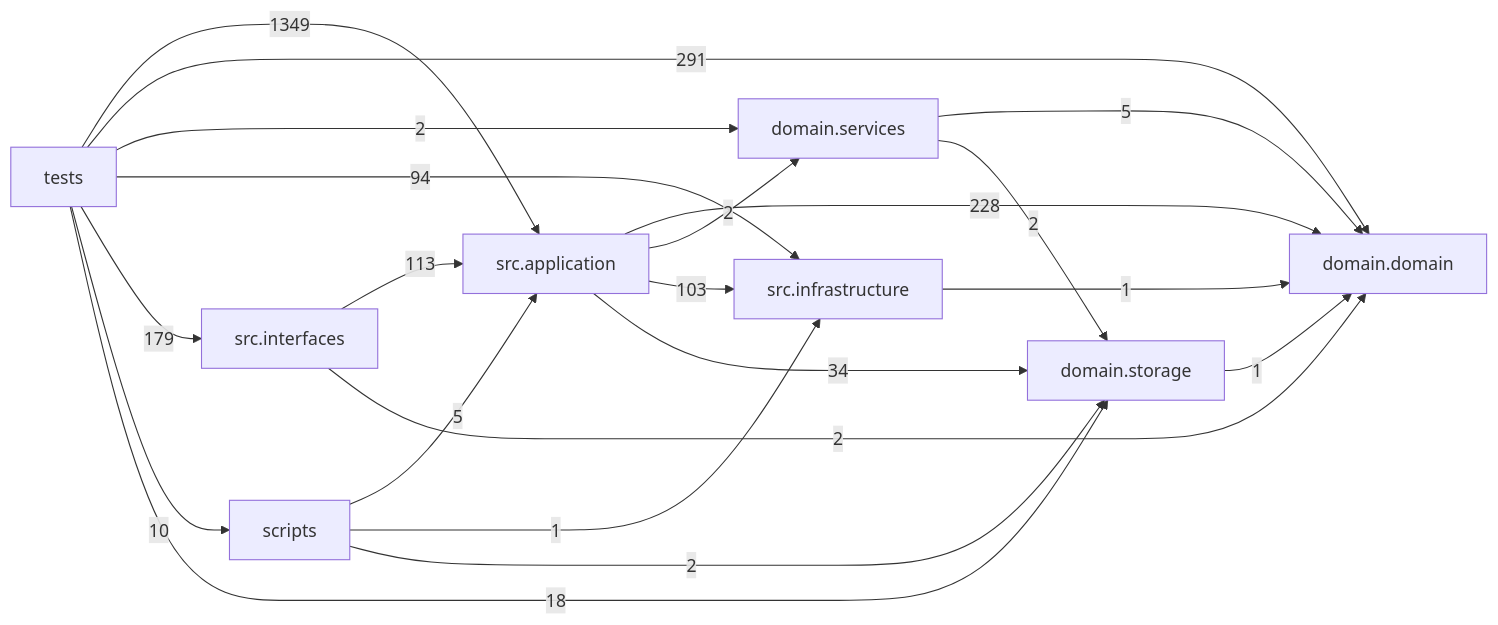
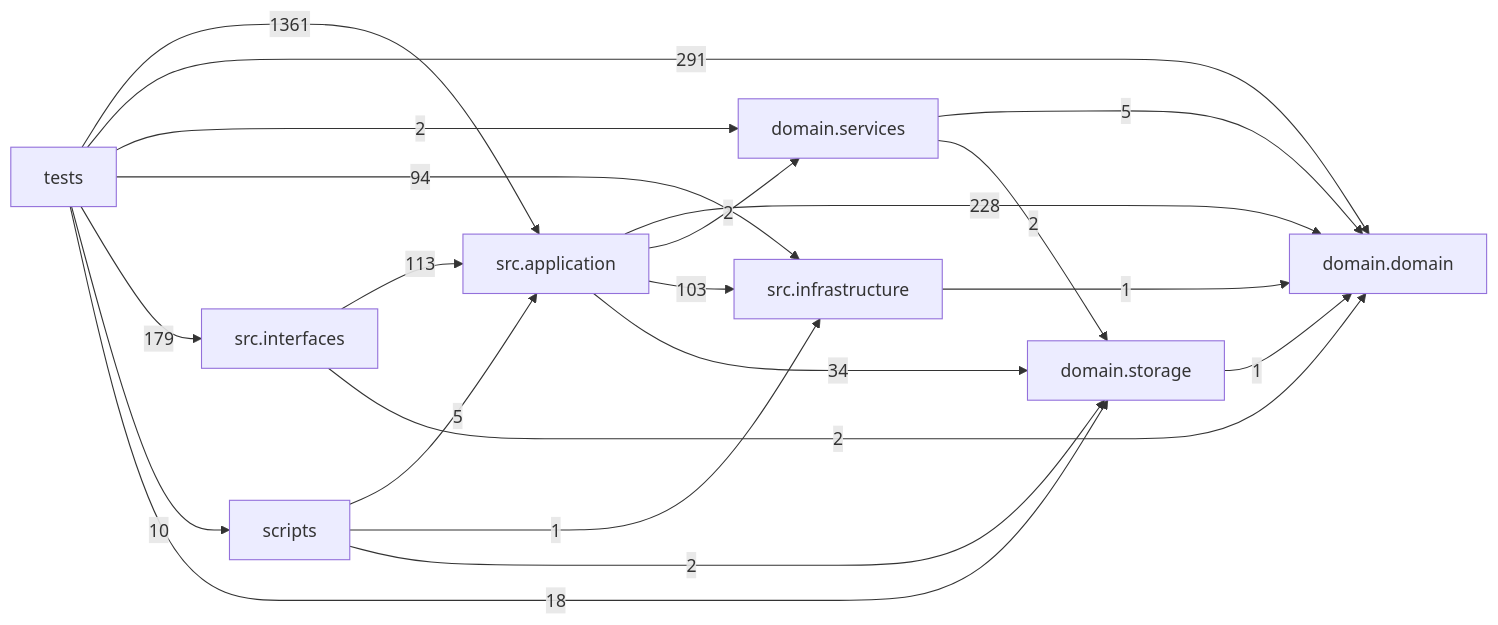
One commit to liuxie066/options-monitor changed the diagram in docs/DEPENDENCY_GRAPH.md. Above: the diagram before and after it, drawn with Mermaid. The commit also changed other lines of this file and 20 other files, not shown here.

````diff
--- a/docs/DEPENDENCY_GRAPH.md
+++ b/docs/DEPENDENCY_GRAPH.md
@@ -24,31 +24,31 @@
 ```mermaid
 flowchart LR
   tests["tests"]
   scripts["scripts"]
   interfaces["src.interfaces"]
   application["src.application"]
   infrastructure["src.infrastructure"]
   domain_services["domain.services"]
   domain["domain.domain"]
   storage["domain.storage"]
   application -->|228| domain
   application -->|2| domain_services
   application -->|103| infrastructure
   application -->|34| storage
   domain_services -->|5| domain
   domain_services -->|2| storage
   infrastructure -->|1| domain
   interfaces -->|113| application
   interfaces -->|2| domain
   scripts -->|5| application
   scripts -->|1| infrastructure
   scripts -->|2| storage
   storage -->|1| domain
-  tests -->|1349| application
+  tests -->|1361| application
   tests -->|291| domain
   tests -->|2| domain_services
   tests -->|94| infrastructure
   tests -->|179| interfaces
   tests -->|10| scripts
   tests -->|18| storage
 ```
````
